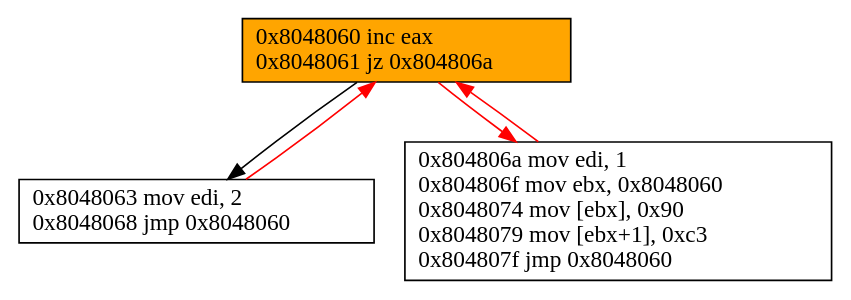
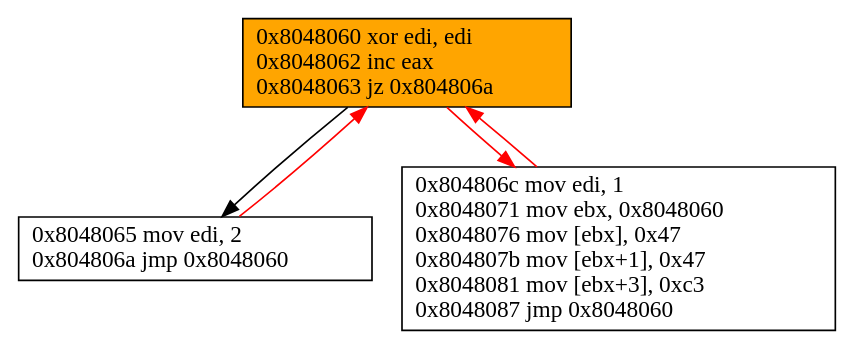
One commit to yaps8/these changed the diagram in supports/disas_sm/ex2_statique.dot. Above: the diagram before and after it, drawn with Graphviz. The commit also changed 6 other files, not shown here.

```diff
--- a/supports/disas_sm/ex2_statique.dot
+++ b/supports/disas_sm/ex2_statique.dot
@@ -1,10 +1,10 @@
 digraph G {
 labeljust=r
-"60" [labeljust=r,label="0x8048060 inc eax\l0x8048061 jz 0x804806a\l", shape=box, style="filled", fillcolor=orange]
-"63" [labeljust=r,label="0x8048063 mov edi, 2\l0x8048068 jmp 0x8048060\l", shape=box, style="filled", fillcolor=white]
-"6a" [labeljust=r,label="0x804806a mov edi, 1 \l0x804806f mov ebx, 0x8048060  \l0x8048074 mov [ebx], 0x90 \l0x8048079 mov [ebx+1], 0xc3 \l0x804807f jmp 0x8048060\l", shape=box, style="filled", fillcolor=white]
+"60" [labeljust=r,label="0x8048060 xor edi, edi \l0x8048062 inc eax \l0x8048063 jz 0x804806a\l", shape=box, style="filled", fillcolor=orange]
+"63" [labeljust=r,label="0x8048065 mov edi, 2\l0x804806a jmp 0x8048060\l", shape=box, style="filled", fillcolor=white]
+"6a" [labeljust=r,label="0x804806c mov edi, 1 \l0x8048071 mov ebx, 0x8048060  \l0x8048076 mov [ebx], 0x47 \l0x804807b mov [ebx+1], 0x47 \l0x8048081 mov [ebx+3], 0xc3 \l0x8048087 jmp 0x8048060\l", shape=box, style="filled", fillcolor=white]
 "60" -> "6a" [color=red]
 "60" -> "63" [color=black]
 "63" -> "60" [color=red]
 "6a" -> "60" [color=red]
 }
```
